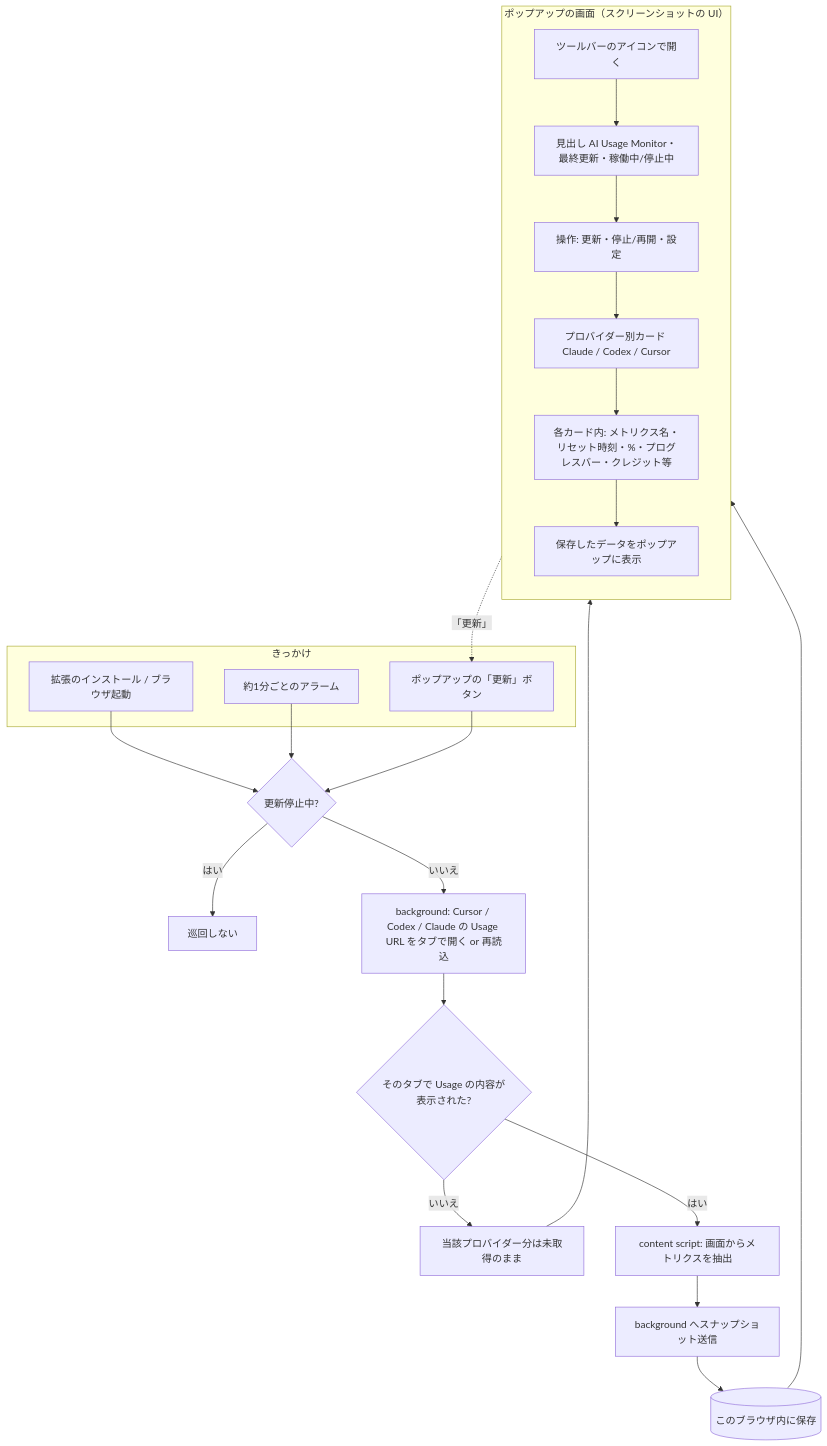
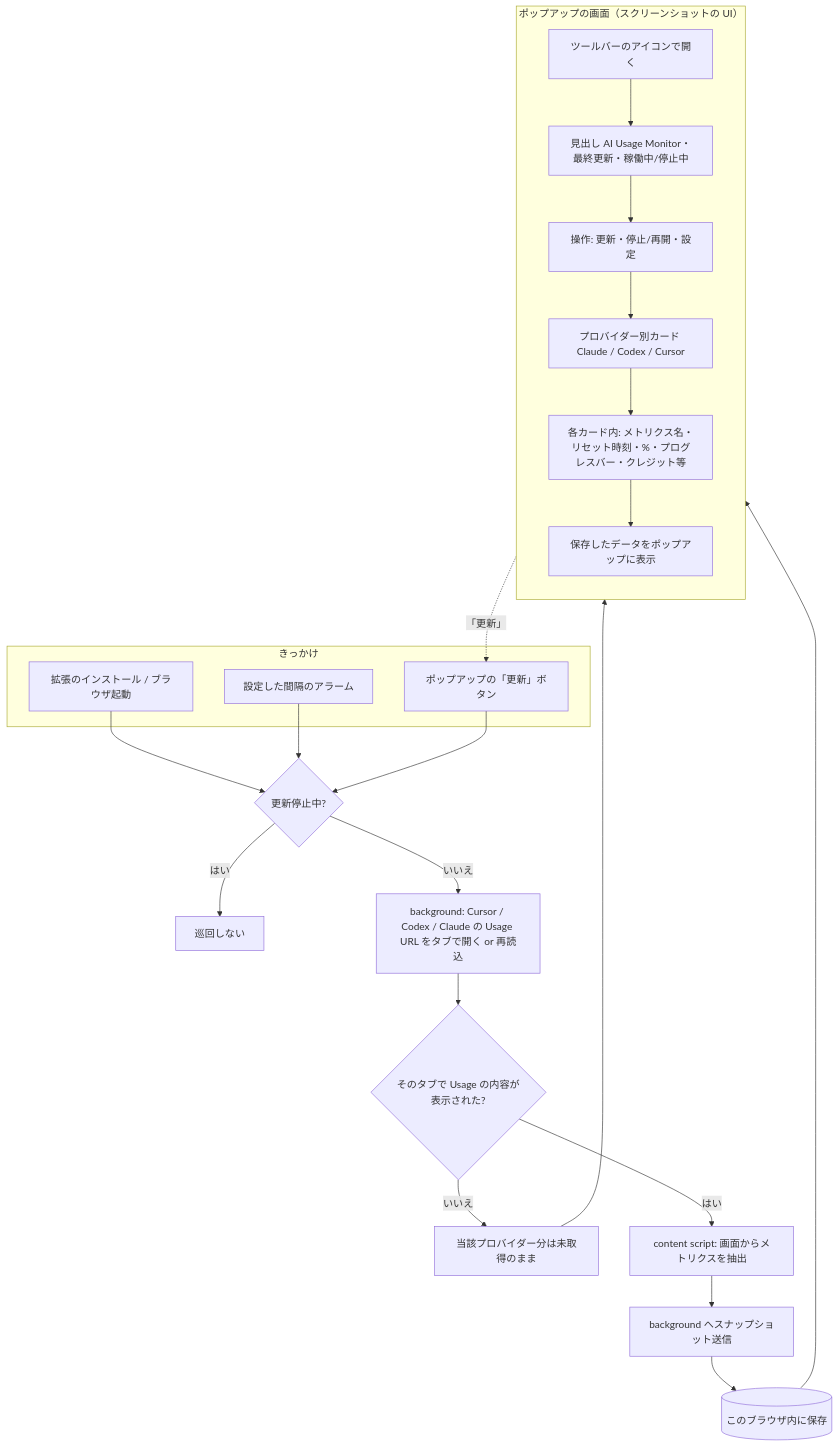
One commit to sinoda1114/AI-Usage-Monitor changed the diagram in README.md. Above: the diagram before and after it, drawn with Mermaid. The commit also changed other lines of this file and 10 other files, not shown here.

````diff
--- a/README.md
+++ b/README.md
@@ -52,37 +53,37 @@
 ```mermaid
 flowchart TD
   subgraph trigger["きっかけ"]
     A1[拡張のインストール / ブラウザ起動]
-    A2[約1分ごとのアラーム]
+    A2[設定した間隔のアラーム]
     A3[ポップアップの「更新」ボタン]
   end
 
   A1 --> B
   A2 --> B
   A3 --> B
 
   B{更新停止中?}
   B -->|はい| Z[巡回しない]
   B -->|いいえ| C[background: Cursor / Codex / Claude の Usage URL をタブで開く or 再読込]
 
   C --> D{そのタブで Usage の内容が表示された?}
   D -->|いいえ| E[当該プロバイダー分は未取得のまま]
   D -->|はい| F[content script: 画面からメトリクスを抽出]
 
   F --> G[background へスナップショット送信]
   G --> H[(このブラウザ内に保存)]
 
   subgraph popup["ポップアップの画面（スクリーンショットの UI）"]
     direction TB
     P0[ツールバーのアイコンで開く]
     P0 --> P1[見出し AI Usage Monitor・最終更新・稼働中/停止中]
     P1 --> P2[操作: 更新・停止/再開・設定]
     P2 --> P3[プロバイダー別カード Claude / Codex / Cursor]
     P3 --> P4[各カード内: メトリクス名・リセット時刻・%・プログレスバー・クレジット等]
     P4 --> P5[保存したデータをポップアップに表示]
   end
 
   H --> P5
   E --> P5
   P2 -.->|「更新」| A3
 ```
````
